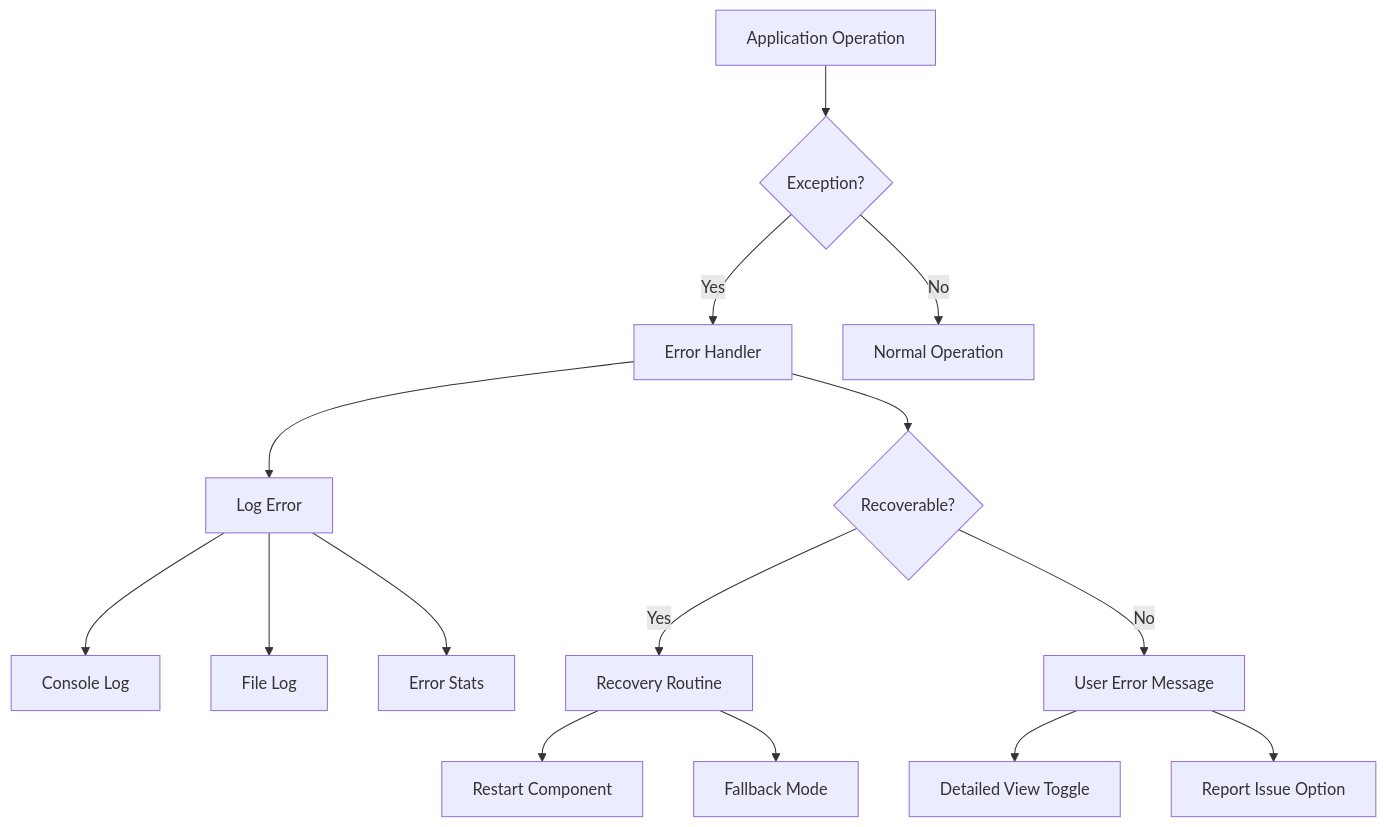
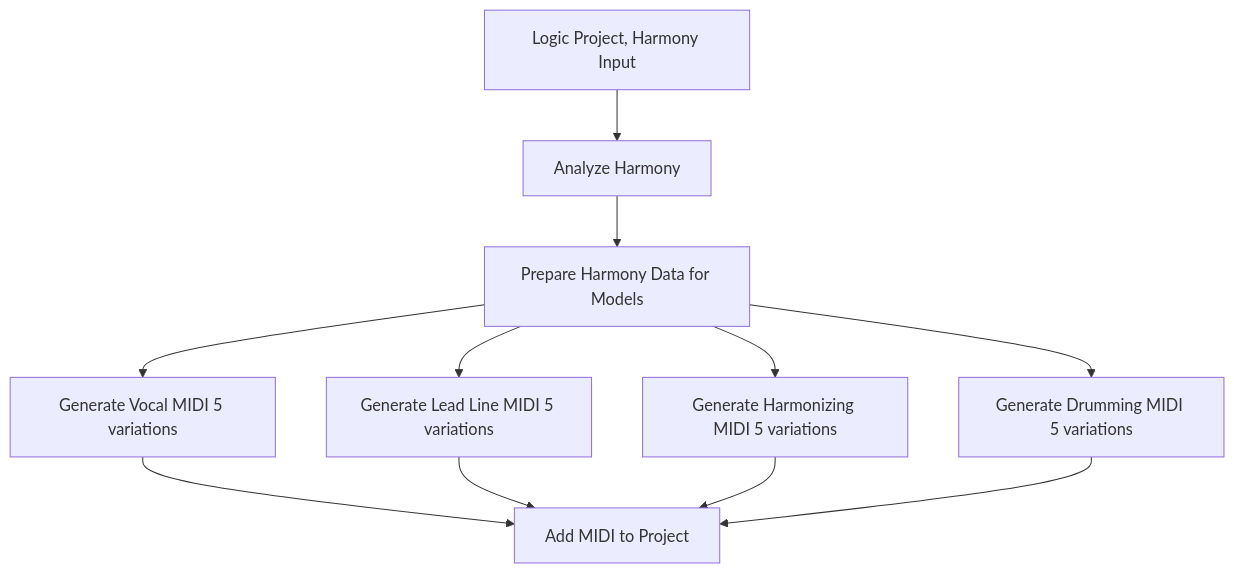
Before and after one commit to yavuztopsever/disco-musica: the fourth of 13 diagrams in .cursor/rules/flows.mdc, drawn with Mermaid. The commit also changed other lines of this file and 87 other files, not shown here.

Commit message:
layer architecture implementation

````diff
--- a/.cursor/rules/flows.mdc
+++ b/.cursor/rules/flows.mdc
@@ -74,17 +335,13 @@
 ```mermaid
-flowchart TD
-    A[Application Operation] --> B{Exception?}
-    B -->|Yes| C[Error Handler]
-    C --> D[Log Error]
-    D --> D1[Console Log]
-    D --> D2[File Log]
-    D --> D3[Error Stats]
-    C --> E{Recoverable?}
-    E -->|Yes| F[Recovery Routine]
-    F --> G[Restart Component]
-    F --> H[Fallback Mode]
-    E -->|No| I[User Error Message]
-    I --> J[Detailed View Toggle]
-    I --> K[Report Issue Option]
-    B -->|No| L[Normal Operation]
+graph TD
+    A[Logic Project, Harmony Input] --> B[Analyze Harmony];
+    B --> C1[Prepare Harmony Data for Models];
+    C1 --> C[Generate Vocal MIDI 5 variations];
+    C1 --> D[Generate Lead Line MIDI 5 variations];
+    C1 --> E[Generate Harmonizing MIDI 5 variations];
+    C1 --> F[Generate Drumming MIDI 5 variations];
+    C --> G[Add MIDI to Project];
+    D --> G;
+    E --> G;
+    F --> G;
 ```
````
